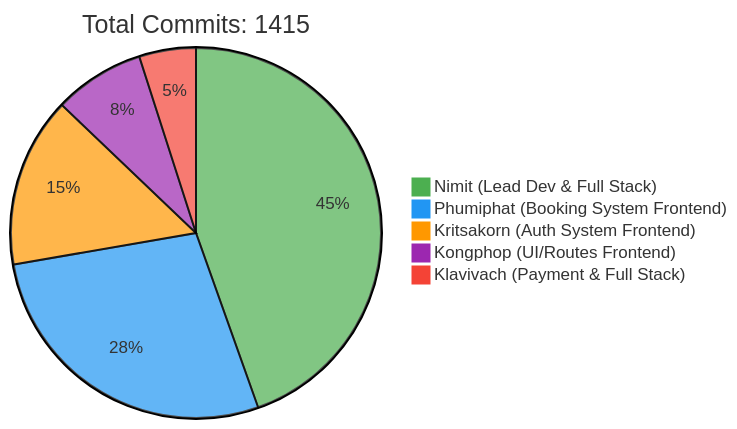
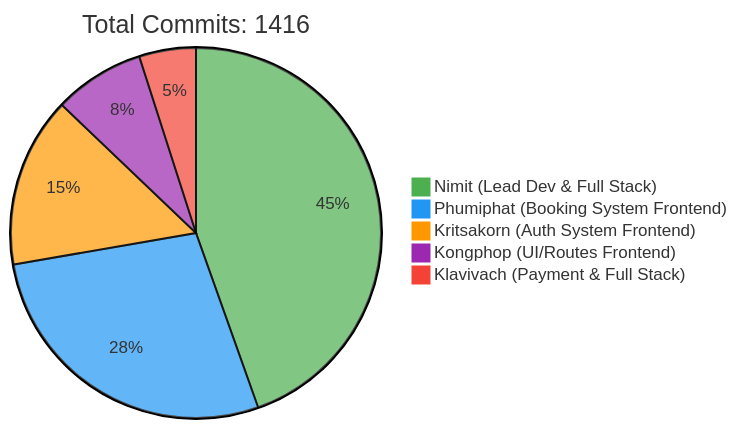
The first of 2 diagrams in README.md (6531503042/Sport-Complex), drawn with Mermaid before and after one commit. The commit also changed other lines of this file, not shown here.

Commit message:
docs: Update contributor statistics [skip ci]

````diff
--- a/README.md
+++ b/README.md
@@ -257,10 +257,10 @@
 ```mermaid
 %%{init: {'theme': 'base', 'themeVariables': { 'pie1': '#4CAF50', 'pie2': '#2196F3', 'pie3': '#FF9800', 'pie4': '#9C27B0', 'pie5': '#F44336'}}}%%
 pie
-    title Total Commits: 1415
+    title Total Commits: 1416
     "Nimit (Lead Dev & Full Stack)" : 450
     "Phumiphat (Booking System Frontend)" : 280
     "Kritsakorn (Auth System Frontend)" : 150
     "Kongphop (UI/Routes Frontend)" : 80
     "Klavivach (Payment & Full Stack)" : 50
 ```
````
